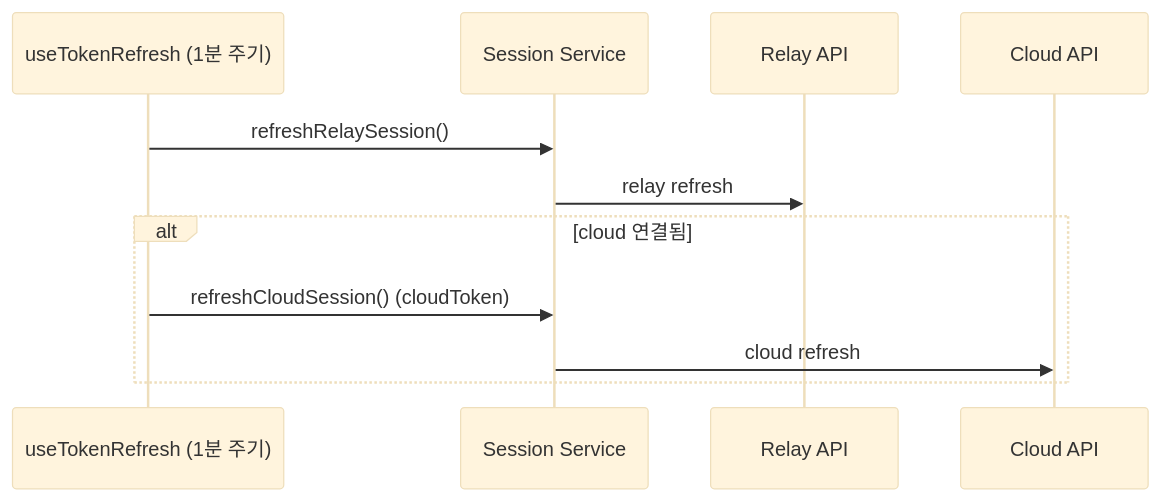
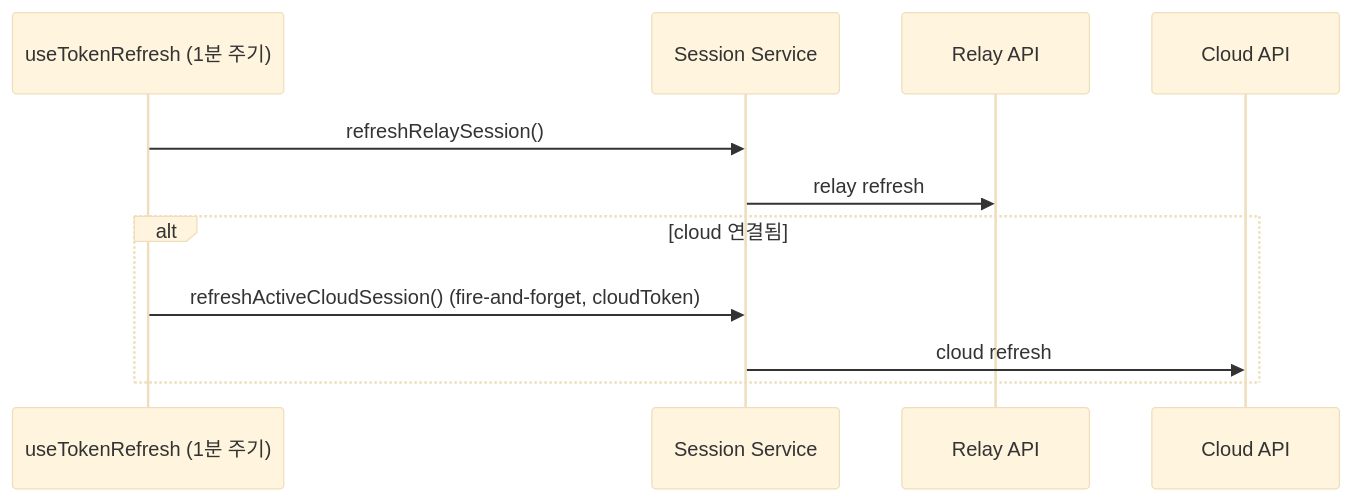
One commit to lemoncloud-io/dou-app changed diagram 13 of 14 in libs/web-core/docs/session/session-scenarios.md. Above: the diagram before and after it, drawn with Mermaid (base theme). The commit also changed other lines of this file and 19 other files, not shown here.

````diff
--- a/libs/web-core/docs/session/session-scenarios.md
+++ b/libs/web-core/docs/session/session-scenarios.md
@@ -713,13 +693,13 @@
 ```mermaid
 sequenceDiagram
   participant H as useTokenRefresh (1분 주기)
   participant S as Session Service
   participant R as Relay API
   participant C as Cloud API
   H->>S: refreshRelaySession()
   S->>R: relay refresh
   alt cloud 연결됨
-    H->>S: refreshCloudSession() (cloudToken)
+    H->>S: refreshActiveCloudSession() (fire-and-forget, cloudToken)
     S->>C: cloud refresh
   end
 ```
````
